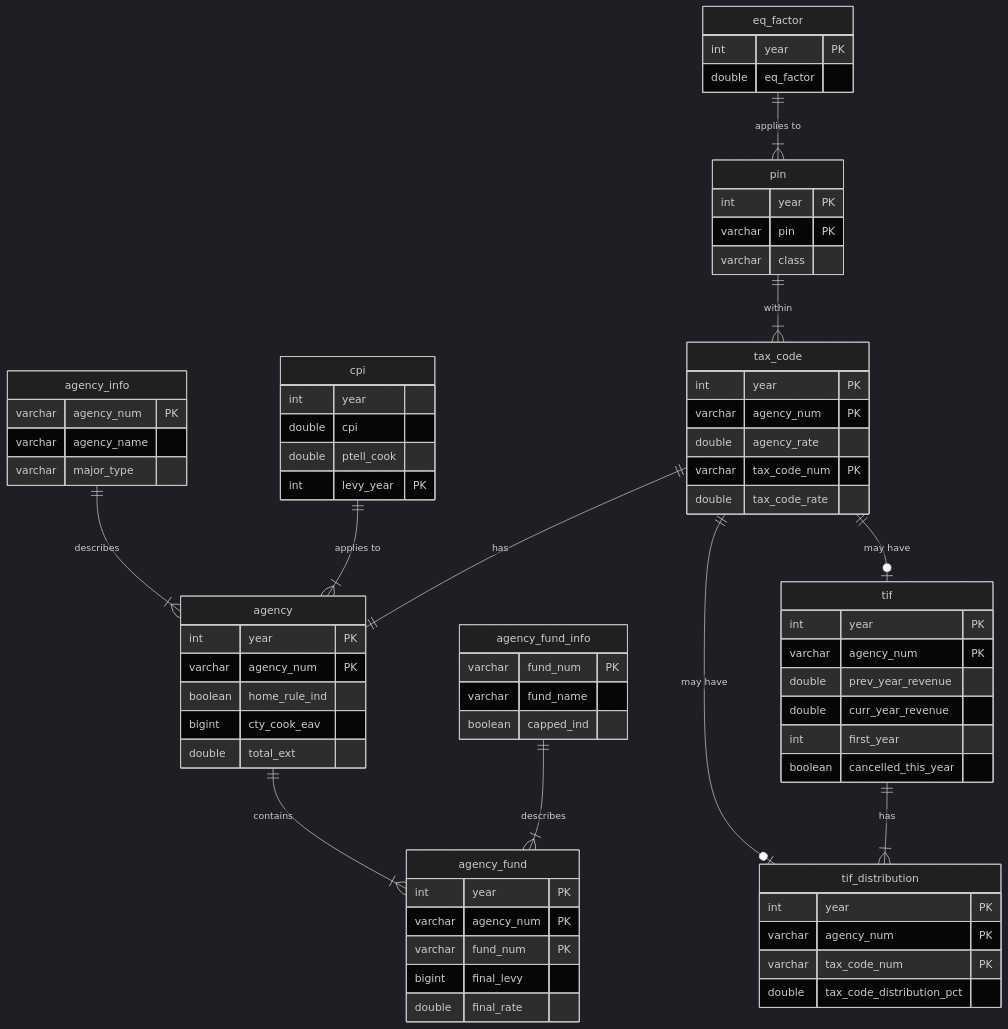
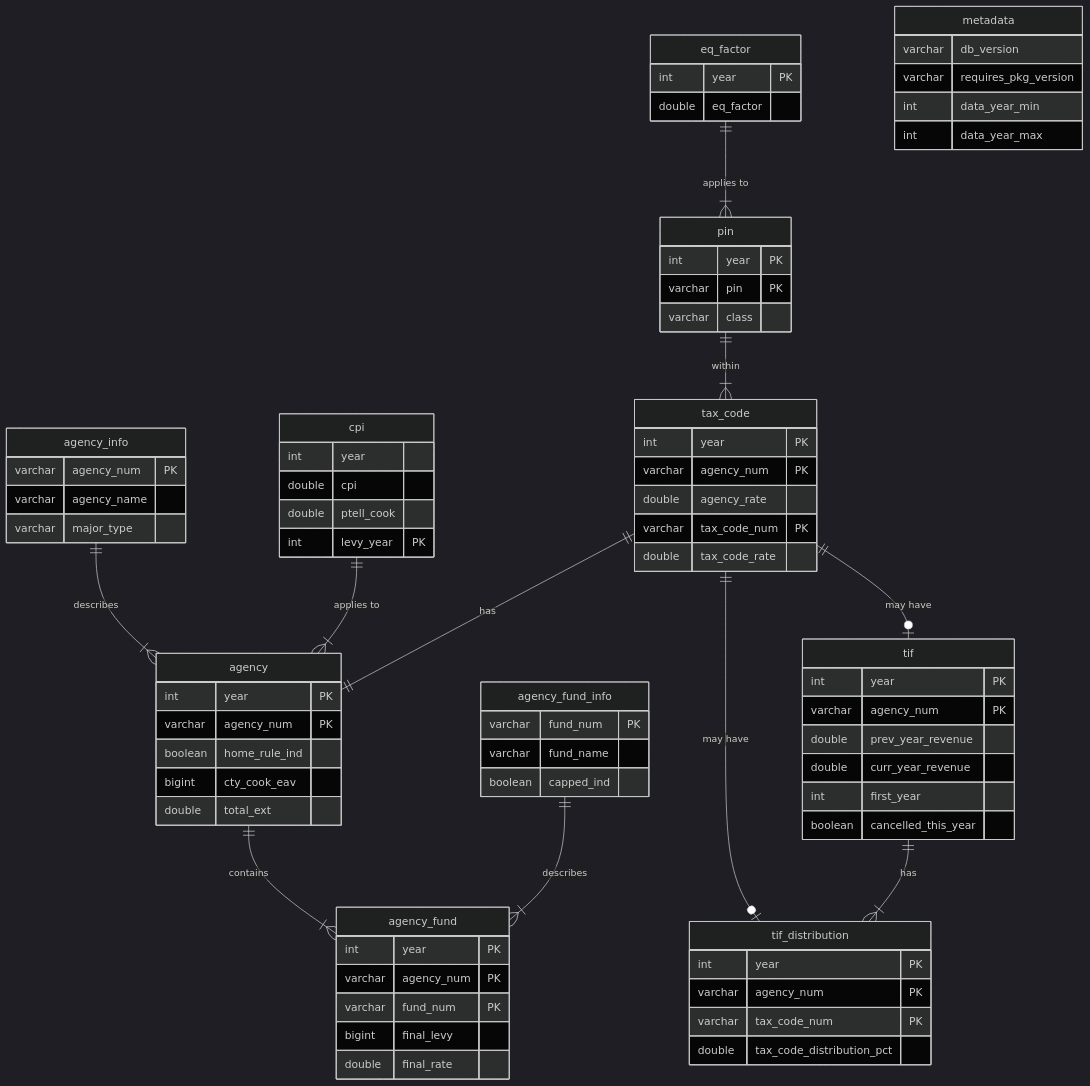
One commit to ccao-data/ptaxsim changed the second of 2 diagrams in README.Rmd. Above: the diagram before and after it, drawn with Mermaid (dark theme). The commit also changed other lines of this file and 21 other files, not shown here.

```diff
--- a/README.Rmd
+++ b/README.Rmd
@@ -399,6 +428,13 @@
   eq_factor {
     int     year               PK
     double  eq_factor
+  }
+  
+  metadata {
+    varchar db_version
+    varchar requires_pkg_version
+    int     data_year_min
+    int     data_year_max
   }
 
   pin {
```
